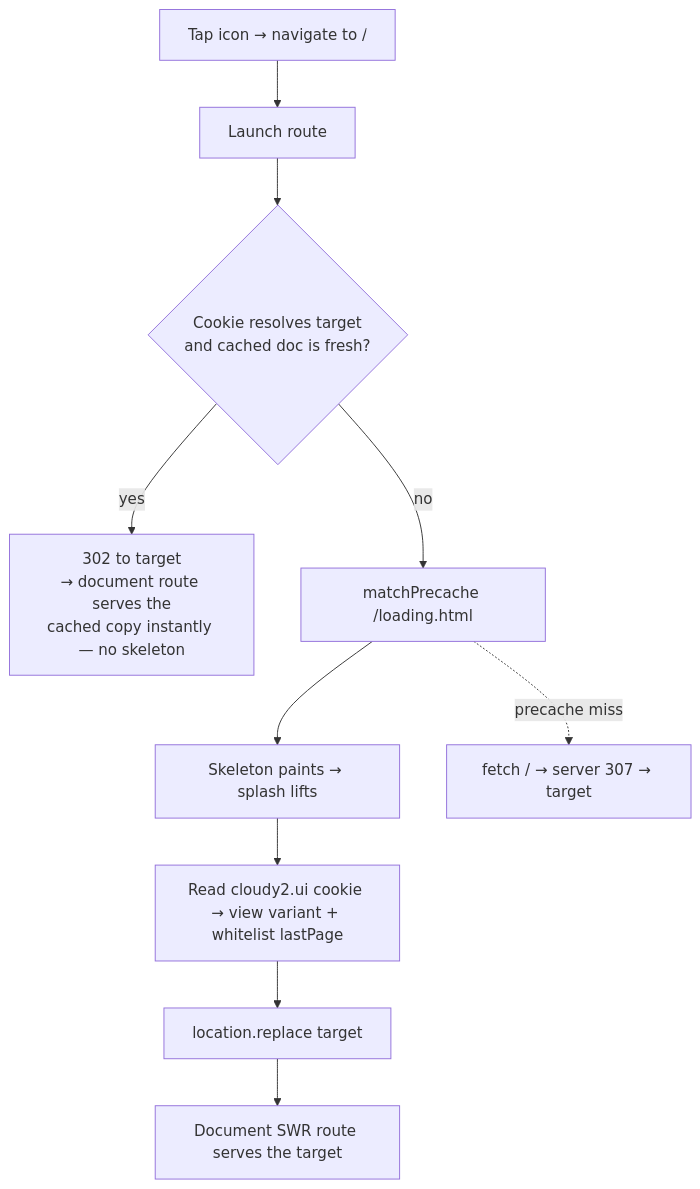
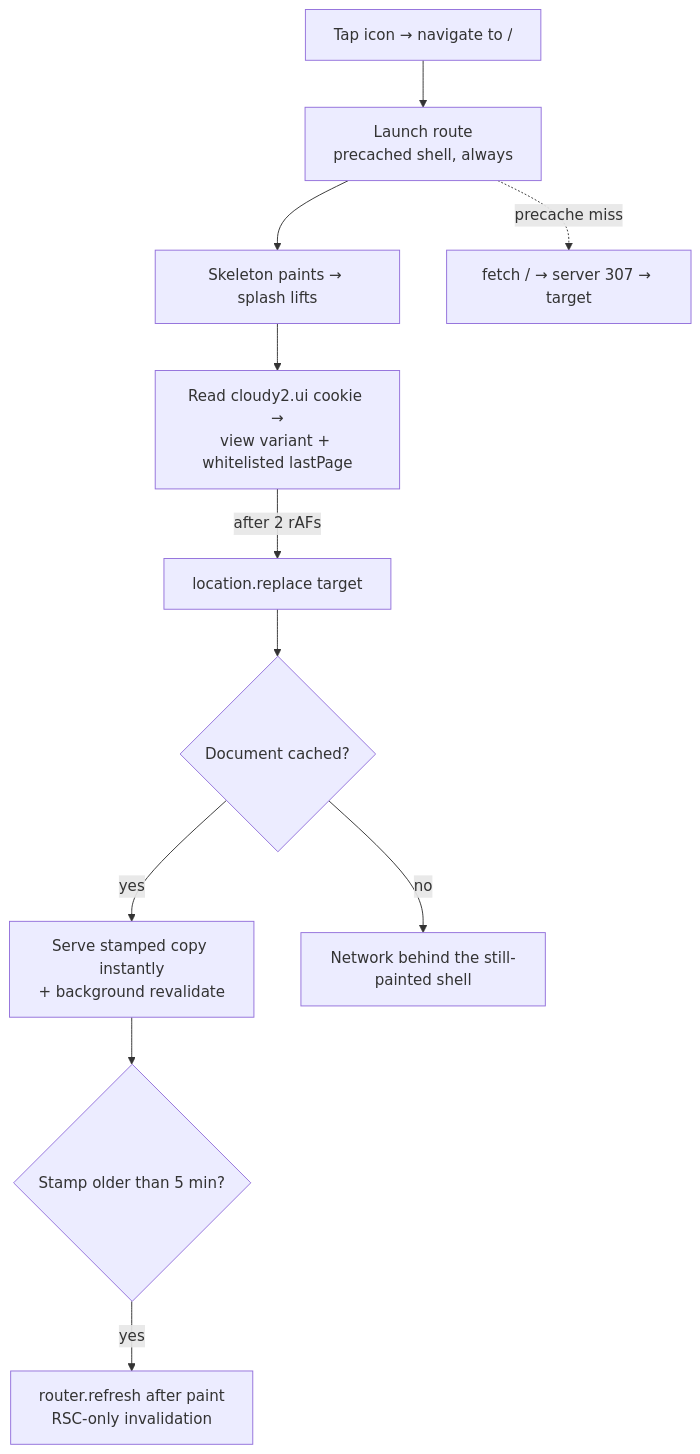
Before and after one commit to oncloudnintynineone-source/cloudy2: the second of 4 diagrams in docs/pwa-offline.md, drawn with Mermaid. The commit also changed other lines of this file and 13 other files, not shown here.

Commit message:
Fix PWA launch splash: unconditional precached shell, cached-first documents, after-paint reconcile

````diff
--- a/docs/pwa-offline.md
+++ b/docs/pwa-offline.md
@@ -137,12 +135,13 @@
 ```mermaid
 flowchart TD
-    T[Tap icon → navigate to /] --> SW[Launch route]
-    SW --> C{Cookie resolves target<br/>and cached doc is fresh?}
-    C -- yes --> R302[302 to target<br/>→ document route serves the<br/>cached copy instantly — no skeleton]
-    C -- no --> P[matchPrecache /loading.html]
-    P --> PAINT[Skeleton paints → splash lifts]
-    PAINT --> CR[Read cloudy2.ui cookie → view variant + whitelist lastPage]
-    CR --> R[location.replace target]
-    R --> D[Document SWR route serves the target]
-    P -.precache miss.-> NET[fetch / → server 307 → target]
+    T[Tap icon → navigate to /] --> SW[Launch route<br/>precached shell, always]
+    SW --> PAINT[Skeleton paints → splash lifts]
+    PAINT --> CR[Read cloudy2.ui cookie →<br/>view variant + whitelisted lastPage]
+    CR -->|after 2 rAFs| R[location.replace target]
+    R --> D{Document cached?}
+    D -- yes --> I[Serve stamped copy instantly<br/>+ background revalidate]
+    I --> REC{Stamp older than 5 min?}
+    REC -- yes --> RC[router.refresh after paint<br/>RSC-only invalidation]
+    D -- no --> N[Network behind the still-painted shell]
+    SW -.precache miss.-> NET[fetch / → server 307 → target]
 ```
````
